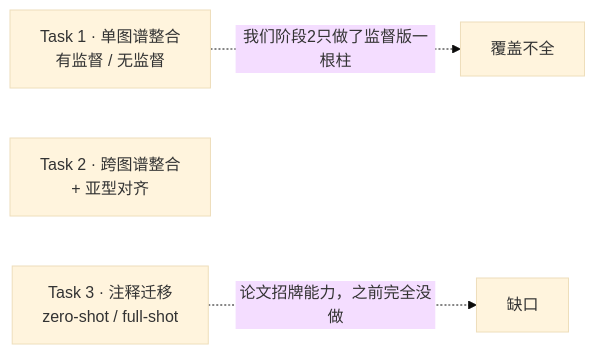
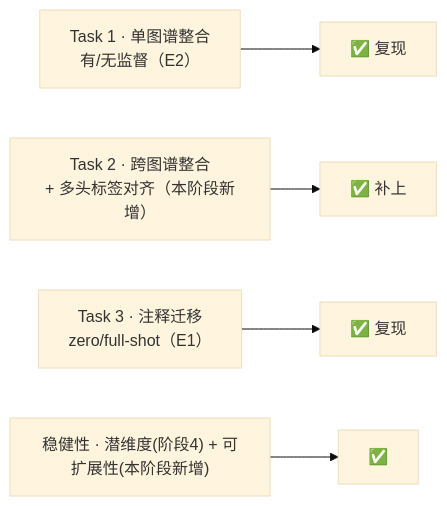
Before and after one commit to HEIMA-programmer/bio: the diagram in reports/phase5_deeper_validation.md, drawn with Mermaid (base theme). The commit also changed other lines of this file and 39 other files, not shown here.

First line of the commit message:
全量复现 + 深度核查: 数据升全量、PCR/迁移/跨图谱修正、文档校准

````diff
--- a/reports/phase5_deeper_validation.md
+++ b/reports/phase5_deeper_validation.md
@@ -14,8 +14,7 @@
 ```mermaid
 flowchart LR
-    T1["Task 1 · 单图谱整合<br/>有监督 / 无监督"] 
-    T2["Task 2 · 跨图谱整合<br/>+ 亚型对齐"]
-    T3["Task 3 · 注释迁移<br/>zero-shot / full-shot"]
-    T1 -. "我们阶段2只做了监督版一根柱" .-> S1["覆盖不全"]
-    T3 -. "论文招牌能力，之前完全没做" .-> S2["缺口"]
+    T1["Task 1 · 单图谱整合<br/>有/无监督（E2）"] --> OK1["✅ 复现"]
+    T2["Task 2 · 跨图谱整合<br/>+ 多头标签对齐（本阶段新增）"] --> OK2["✅ 补上"]
+    T3["Task 3 · 注释迁移<br/>zero/full-shot（E1）"] --> OK3["✅ 复现"]
+    R["稳健性 · 潜维度(阶段4) + 可扩展性(本阶段新增)"] --> OK4["✅"]
 ```
````
